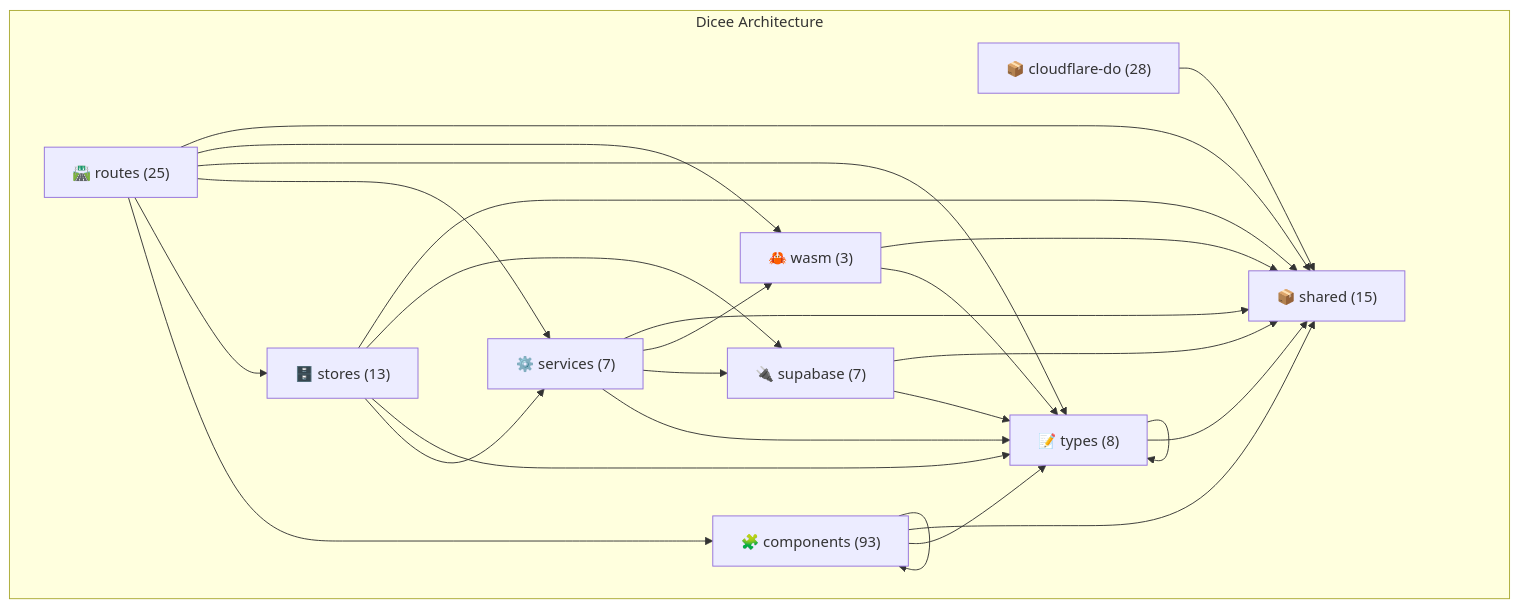
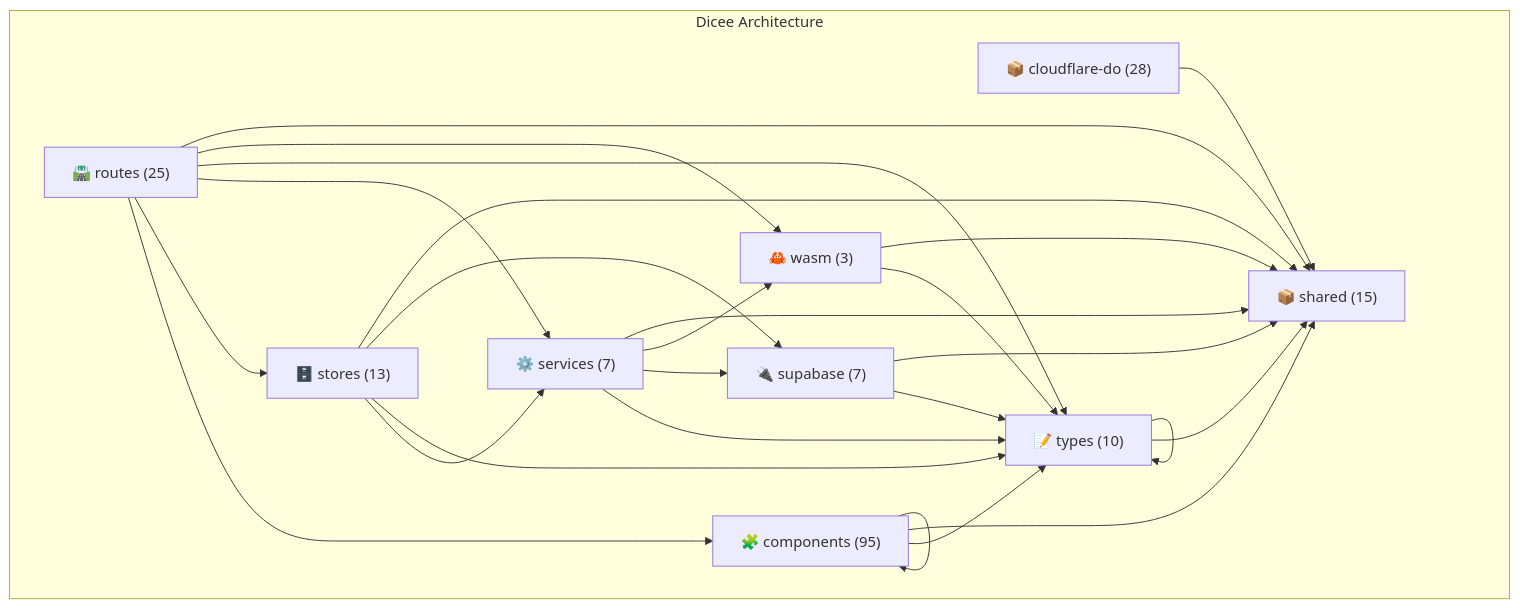
Before and after one commit to verlyn13/dicee: the diagram in docs/architecture/akg/diagrams/LAYER_ARCHITECTURE.md, drawn with Mermaid. The commit also changed other lines of this file and 9 other files, not shown here.

First line of the commit message:
chore(akg): regenerate graph and diagrams after type migration

````diff
--- a/docs/architecture/akg/diagrams/LAYER_ARCHITECTURE.md
+++ b/docs/architecture/akg/diagrams/LAYER_ARCHITECTURE.md
@@ -16,39 +16,39 @@
 ```mermaid
 flowchart TB
     subgraph "Dicee Architecture"
         shared["📦 shared (15)"]
         cloudflare_do["📦 cloudflare-do (28)"]
         routes["🛣️ routes (25)"]
-        components["🧩 components (93)"]
+        components["🧩 components (95)"]
         stores["🗄️ stores (13)"]
         services["⚙️ services (7)"]
-        types["📝 types (8)"]
+        types["📝 types (10)"]
         supabase["🔌 supabase (7)"]
         wasm["🦀 wasm (3)"]
     end
 
     cloudflare_do --> shared
     routes --> components
     routes --> stores
     routes --> services
     routes --> types
     routes --> wasm
     routes --> shared
     components --> components
     components --> types
     components --> shared
     stores --> services
     stores --> types
     stores --> supabase
     stores --> shared
     services --> types
     services --> supabase
     services --> wasm
     services --> shared
     types --> types
     types --> shared
     supabase --> types
     supabase --> shared
     wasm --> types
     wasm --> shared
 ```
````
